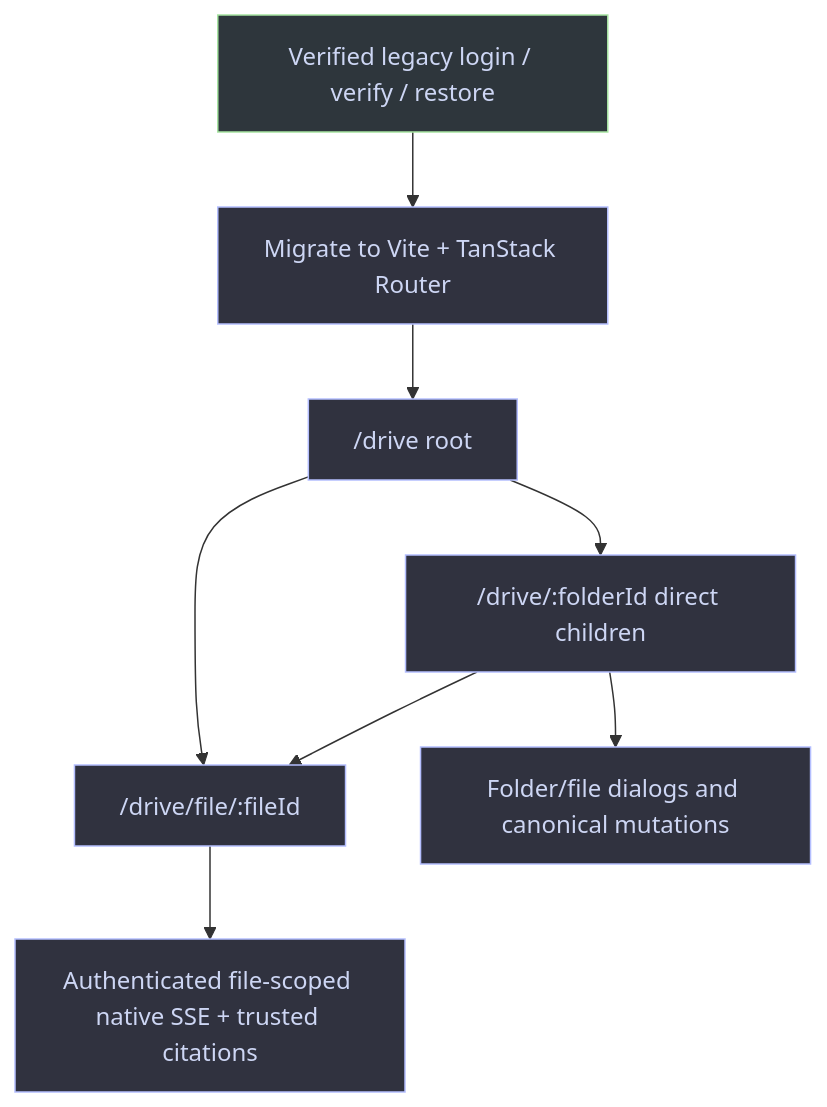
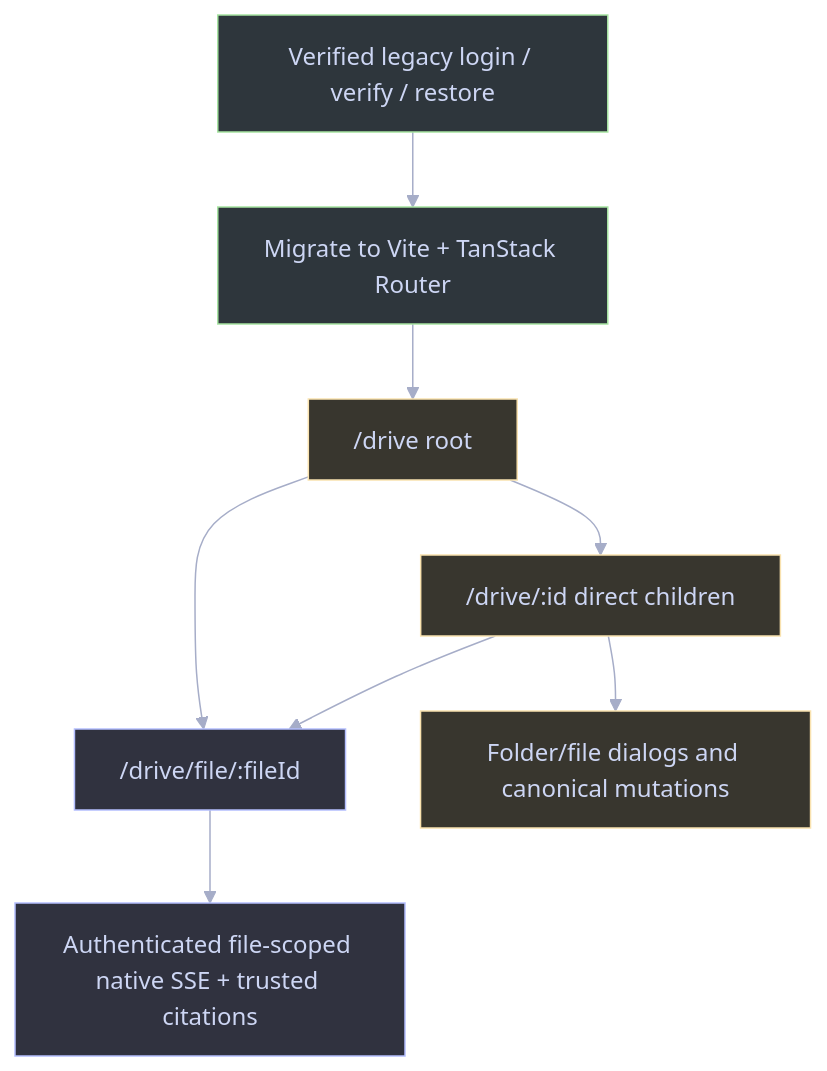
One commit to RyxnDmello/atlas changed the first of 4 diagrams in client/AGENTS.md. Above: the diagram before and after it, drawn with Mermaid. The commit also changed other lines of this file and 71 other files, not shown here.

First line of the commit message:
feat(drive, client): consolidate APIs and complete folder workflows

````diff
--- a/client/AGENTS.md
+++ b/client/AGENTS.md
@@ -58,14 +58,17 @@
 ```mermaid
+%%{init: {'theme': 'base', 'themeVariables': {'background': '#1e1e2e', 'primaryColor': '#45475a', 'primaryTextColor': '#cdd6f4', 'primaryBorderColor': '#89b4fa', 'lineColor': '#a6adc8', 'secondaryColor': '#313244', 'tertiaryColor': '#181825', 'fontFamily': 'Inter, sans-serif'}}}%%
 flowchart TD
     Auth["Verified legacy login / verify / restore"] --> Migrate["Migrate to Vite + TanStack Router"]
     Migrate --> Root["/drive root"]
-    Root --> Folder["/drive/:folderId direct children"]
+    Root --> Folder["/drive/:id direct children"]
     Root --> File["/drive/file/:fileId"]
     Folder --> File
     Folder --> Mutate["Folder/file dialogs and canonical mutations"]
     File --> Ask["Authenticated file-scoped native SSE + trusted citations"]
-    class Auth verified;
-    class Migrate,Root,Folder,File,Mutate,Ask planned;
+    class Auth,Migrate verified;
+    class Root,Folder,Mutate caution;
+    class File,Ask planned;
     classDef verified fill:#2e363c,stroke:#a6e3a1,stroke-width:1px,color:#cdd6f4;
     classDef planned fill:#30323f,stroke:#b4befe,stroke-width:1px,color:#cdd6f4;
+    classDef caution fill:#38362e,stroke:#f9e2af,stroke-width:1px,color:#cdd6f4;
 ```
````
